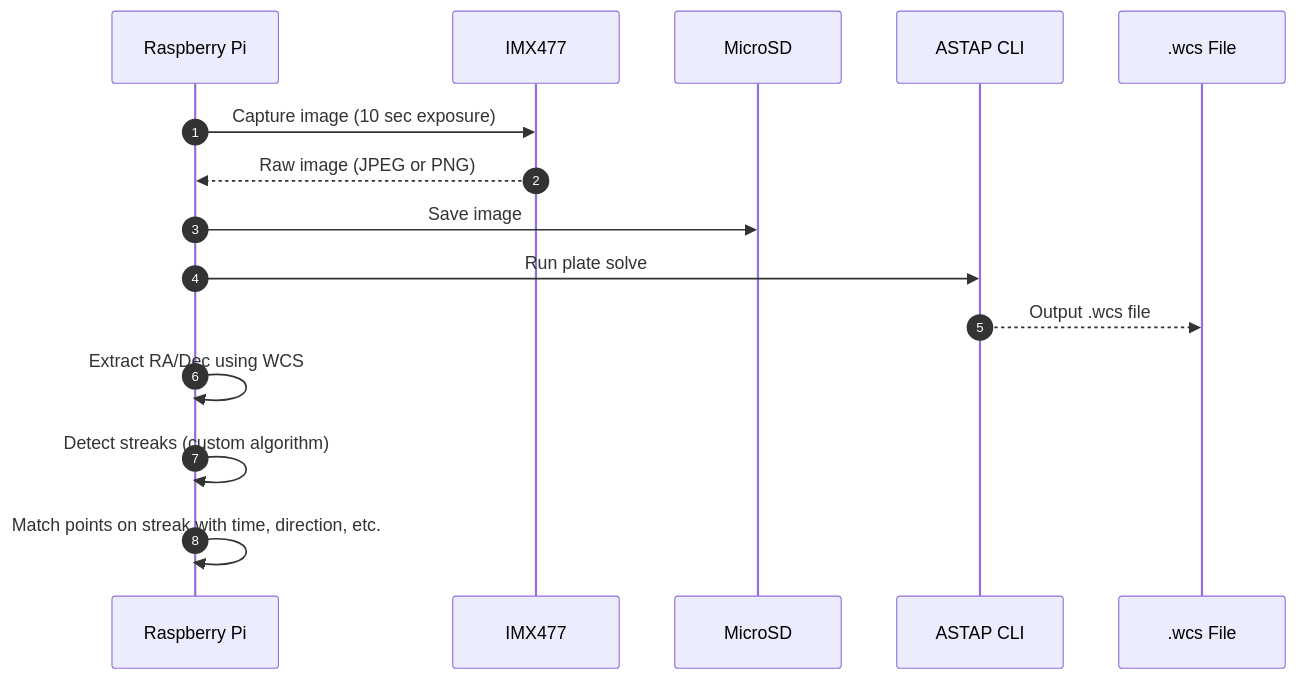
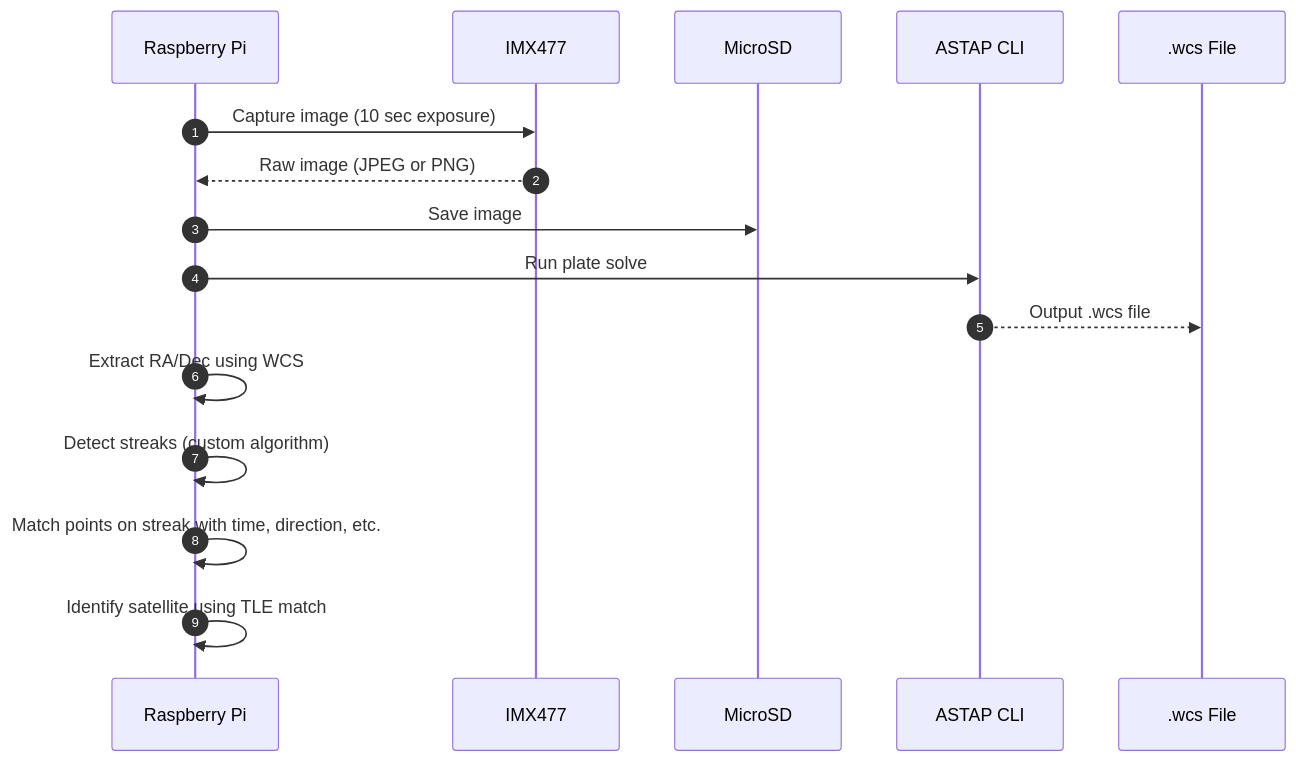
The third of 6 diagrams in docs/UPHDAS_Sequence_Diagrams.md (Dave-21/UPHDAS), drawn with Mermaid before and after one commit. The commit also changed other lines of this file, not shown here.

````diff
--- a/docs/UPHDAS_Sequence_Diagrams.md
+++ b/docs/UPHDAS_Sequence_Diagrams.md
@@ -46,18 +46,19 @@
 ```mermaid
 sequenceDiagram
     autonumber
     participant Pi as Raspberry Pi
     participant Camera as IMX477
     participant Storage as MicroSD
     participant ASTAP as ASTAP CLI
     participant WCS as .wcs File
 
     Pi->>Camera: Capture image (10 sec exposure)
     Camera-->>Pi: Raw image (JPEG or PNG)
     Pi->>Storage: Save image
     Pi->>ASTAP: Run plate solve
     ASTAP-->>WCS: Output .wcs file
     Pi->>Pi: Extract RA/Dec using WCS
     Pi->>Pi: Detect streaks (custom algorithm)
     Pi->>Pi: Match points on streak with time, direction, etc.
+    Pi->>Pi: Identify satellite using TLE match
 ```
````
